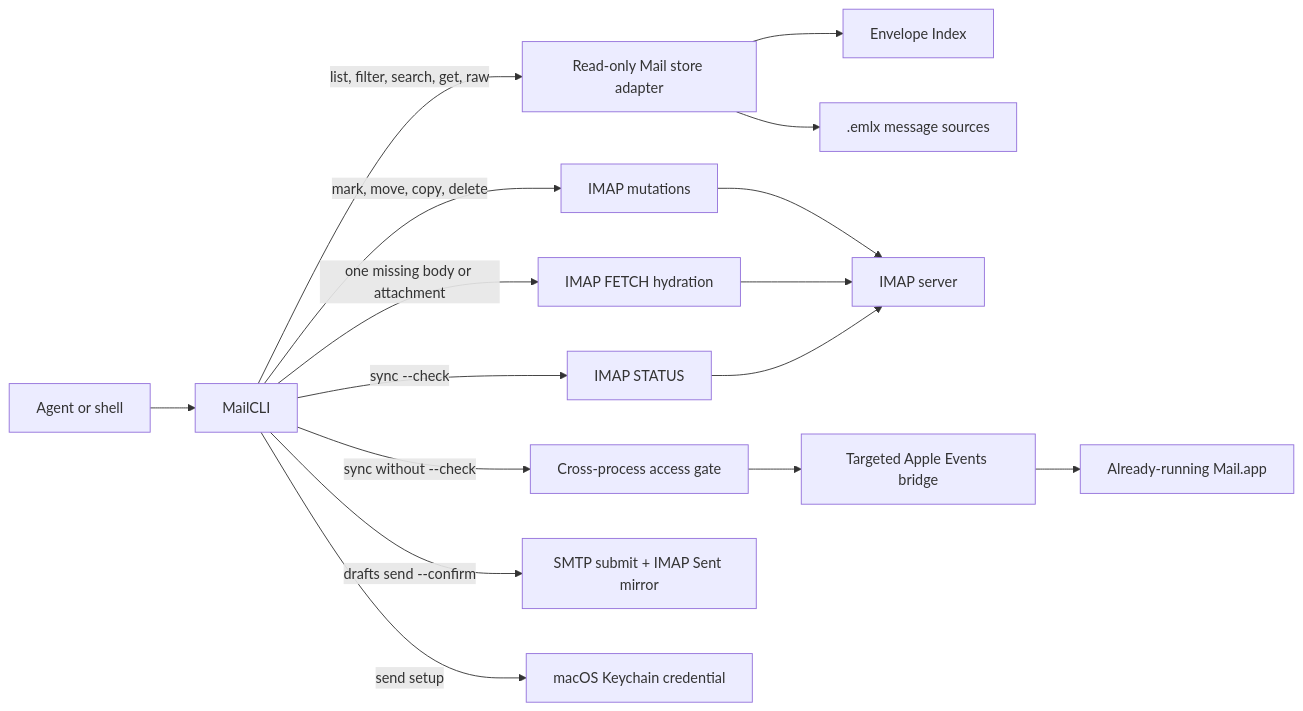
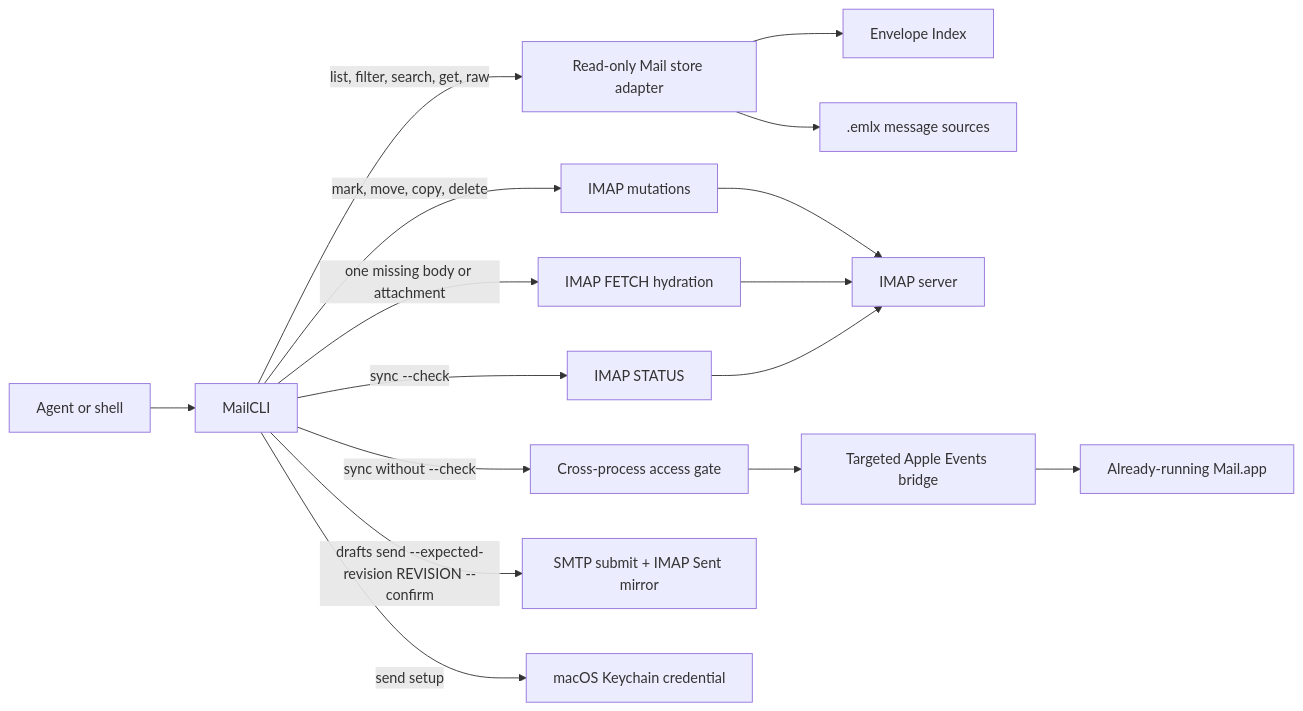
One commit to Christopher-Schulze/MailCLI changed the diagram in README.md. Above: the diagram before and after it, drawn with Mermaid. The commit also changed other lines of this file and 24 other files, not shown here.

````diff
--- a/README.md
+++ b/README.md
@@ -60,18 +60,18 @@
 ```mermaid
 flowchart LR
     Agent["Agent or shell"] --> CLI["MailCLI"]
     CLI -->|"list, filter, search, get, raw"| Store["Read-only Mail store adapter"]
     Store --> Index["Envelope Index"]
     Store --> EMLX[".emlx message sources"]
     CLI -->|"mark, move, copy, delete"| IMAPMut["IMAP mutations"]
     CLI -->|"one missing body or attachment"| IMAPHydrate["IMAP FETCH hydration"]
     CLI -->|"sync --check"| IMAPStatus["IMAP STATUS"]
     IMAPMut --> Server["IMAP server"]
     IMAPHydrate --> Server
     IMAPStatus --> Server
     CLI -->|"sync without --check"| Gate["Cross-process access gate"]
     Gate --> Bridge["Targeted Apple Events bridge"]
     Bridge --> Mail["Already-running Mail.app"]
-    CLI -->|"drafts send --confirm"| Transport["SMTP submit + IMAP Sent mirror"]
+    CLI -->|"drafts send --expected-revision REVISION --confirm"| Transport["SMTP submit + IMAP Sent mirror"]
     CLI -->|"send setup"| Keychain["macOS Keychain credential"]
 ```
````
